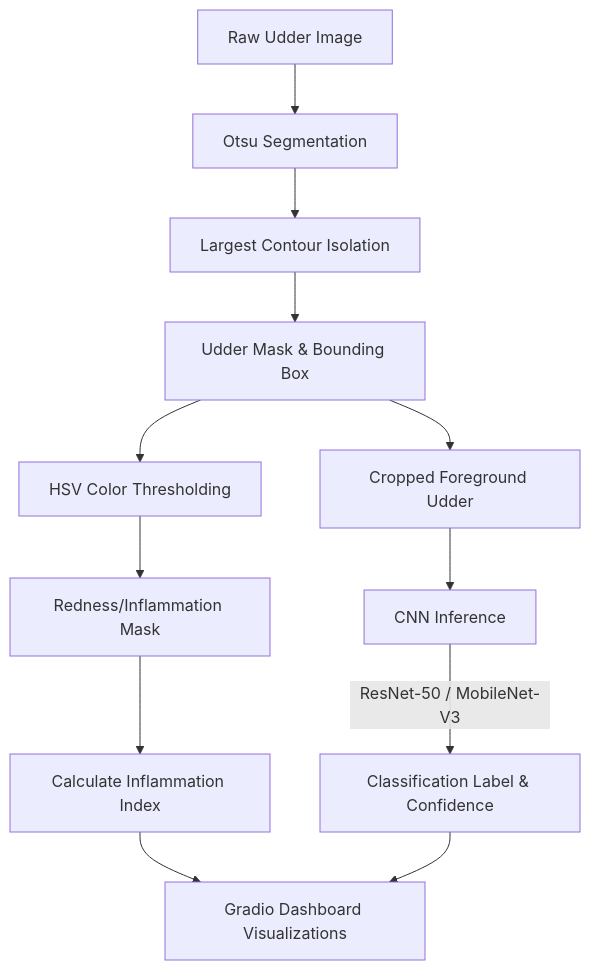
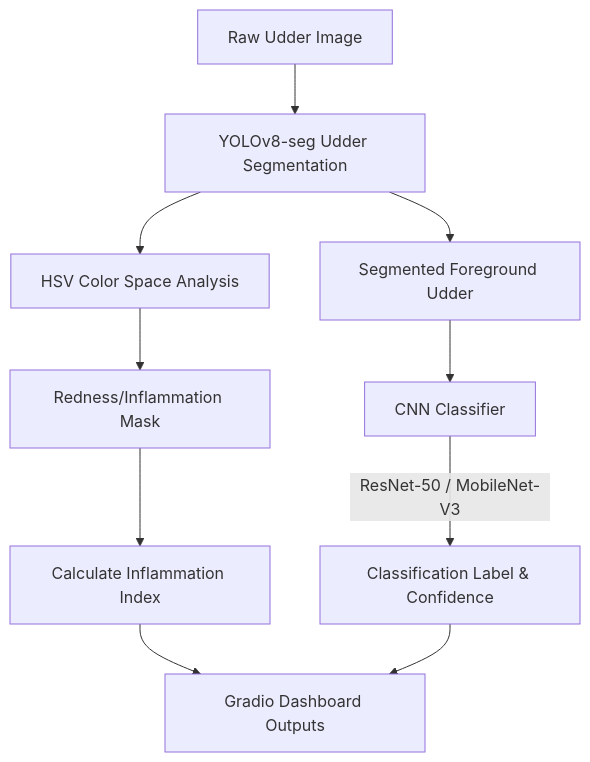
The diagram in README.md (ameyac11/Dairy_Mate_Round1), drawn with Mermaid before and after one commit. The commit also changed other lines of this file and 1 other file, not shown here.

````diff
--- a/README.md
+++ b/README.md
@@ -36,14 +35,12 @@
 ```mermaid
 flowchart TD
-    A[Raw Udder Image] --> B[Otsu Segmentation]
-    B --> C[Largest Contour Isolation]
-    C --> D[Udder Mask & Bounding Box]
-    D --> E[HSV Color Thresholding]
-    E --> F[Redness/Inflammation Mask]
-    D --> G[Cropped Foreground Udder]
-    F --> H[Calculate Inflammation Index]
-    G --> I[CNN Inference]
-    I -->|ResNet-50 / MobileNet-V3| J[Classification Label & Confidence]
-    H --> K[Gradio Dashboard Visualizations]
-    J --> K
+    A[Raw Udder Image] --> B[YOLOv8-seg Udder Segmentation]
+    B --> C[Segmented Foreground Udder]
+    B --> D[HSV Color Space Analysis]
+    D --> E[Redness/Inflammation Mask]
+    E --> F[Calculate Inflammation Index]
+    C --> G[CNN Classifier]
+    G -->|ResNet-50 / MobileNet-V3| H[Classification Label & Confidence]
+    F --> I[Gradio Dashboard Outputs]
+    H --> I
 ```
````
